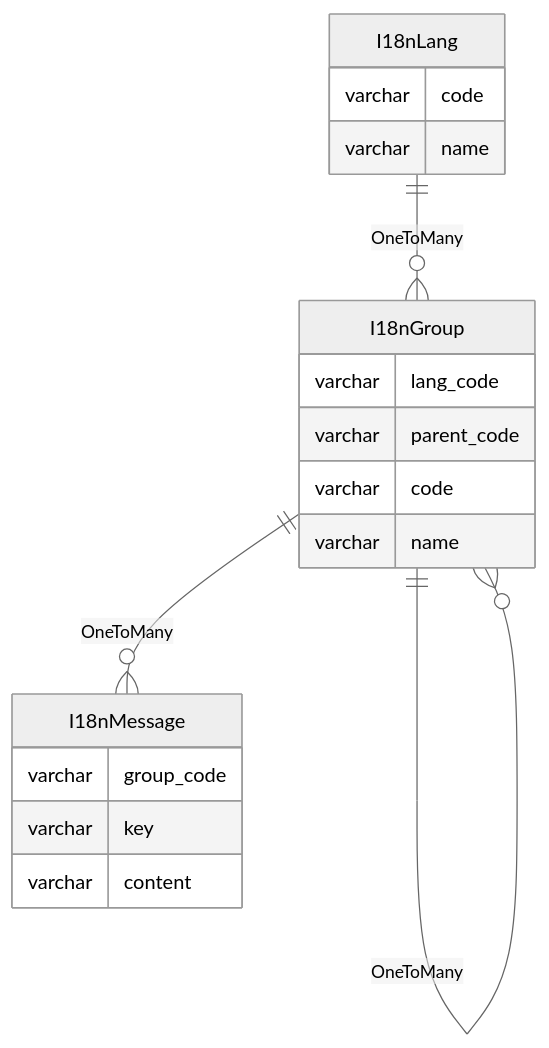
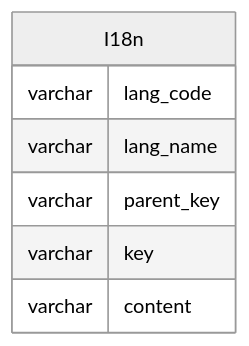
Before and after one commit to mrzhqiang/rowing: the diagram in docs/1.develop/1.i18n.md, drawn with Mermaid (neutral theme). The commit also changed other lines of this file and 1 other file, not shown here.

````diff
--- a/docs/1.develop/1.i18n.md
+++ b/docs/1.develop/1.i18n.md
@@ -74,24 +70,10 @@
 ```mermaid
 erDiagram
-I18nLang ||--o{ I18nGroup : OneToMany
-I18nGroup ||--o{ I18nGroup : OneToMany
-I18nGroup ||--o{ I18nMessage : OneToMany
-
-I18nLang {
-  varchar code
-  varchar name
-}
-
-I18nGroup {
+I18n {
   varchar lang_code
-  varchar parent_code
-  varchar code
-  varchar name
-}
-
-I18nMessage {
-  varchar group_code
+  varchar lang_name
+  varchar parent_key
   varchar key
   varchar content
 }
 ```
````
